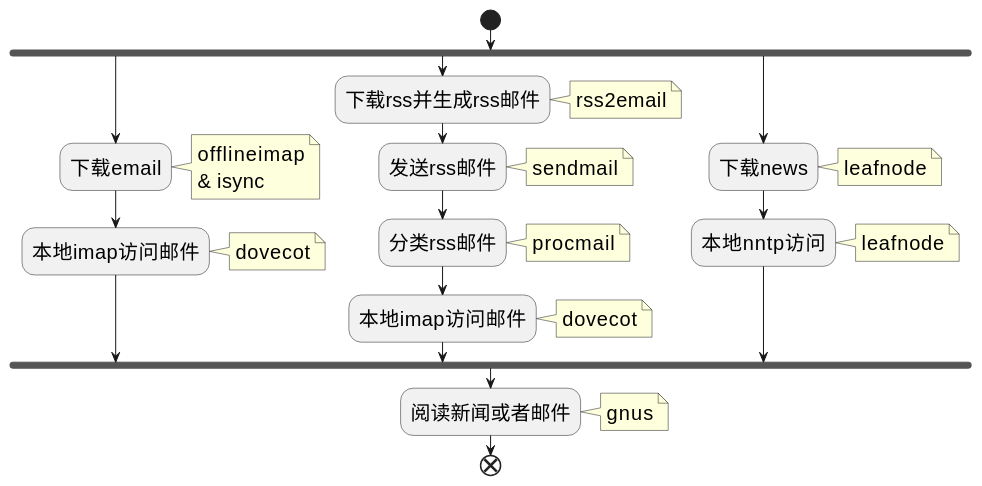
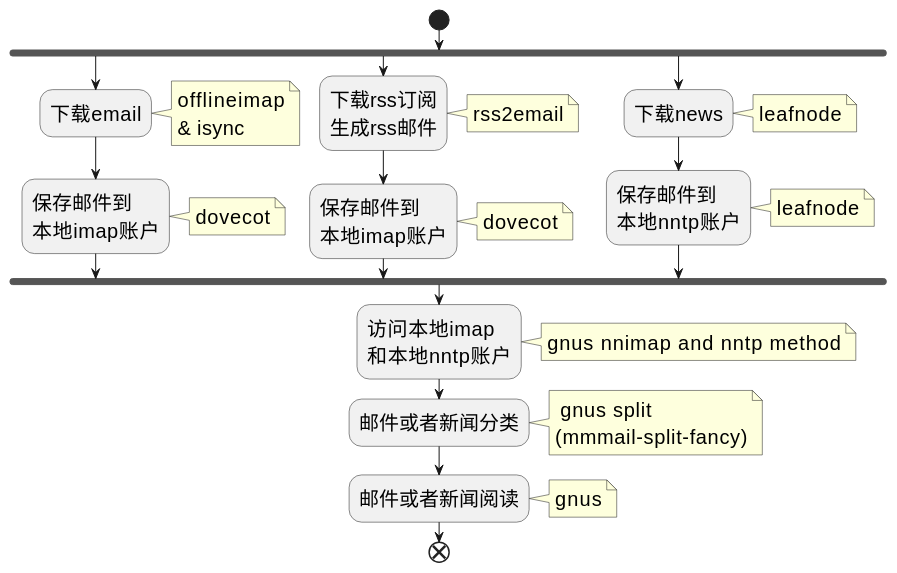
The diagram in doc/eh-gnus.org (TYOMINNU/emacs-helper), drawn with PlantUML before and after one commit. The commit also changed other lines of this file and 16 other files, not shown here.

```diff
--- a/doc/eh-gnus.org
+++ b/doc/eh-gnus.org
@@ -22,30 +26,33 @@
 #+BEGIN_SRC plantuml :file "images/gnus配置基本原理.png"
 skinparam defaultFontSize 20
 start
 fork
   :下载email;
   note right
   offlineimap
   & isync
   end note
-  :本地imap访问邮件;
+  :保存邮件到\n本地imap账户;
   note right: dovecot
 fork again
-  :下载rss并生成rss邮件;
+  :下载rss订阅\n生成rss邮件;
   note right: rss2email
-  :发送rss邮件;
-  note right: sendmail
-  :分类rss邮件;
-  note right: procmail
-  :本地imap访问邮件;
+  :保存邮件到\n本地imap账户;
   note right: dovecot
 fork again
   :下载news;
   note right: leafnode
-  :本地nntp访问;
+  :保存邮件到\n本地nntp账户;
   note right: leafnode
 end fork
-:阅读新闻或者邮件;
+:访问本地imap\n和本地nntp账户;
+note right: gnus nnimap and nntp method
+:邮件或者新闻分类;
+note right
+ gnus split
+(mmmail-split-fancy)
+end note
+:邮件或者新闻阅读;
 note right: gnus
 end
 #+END_SRC
```
